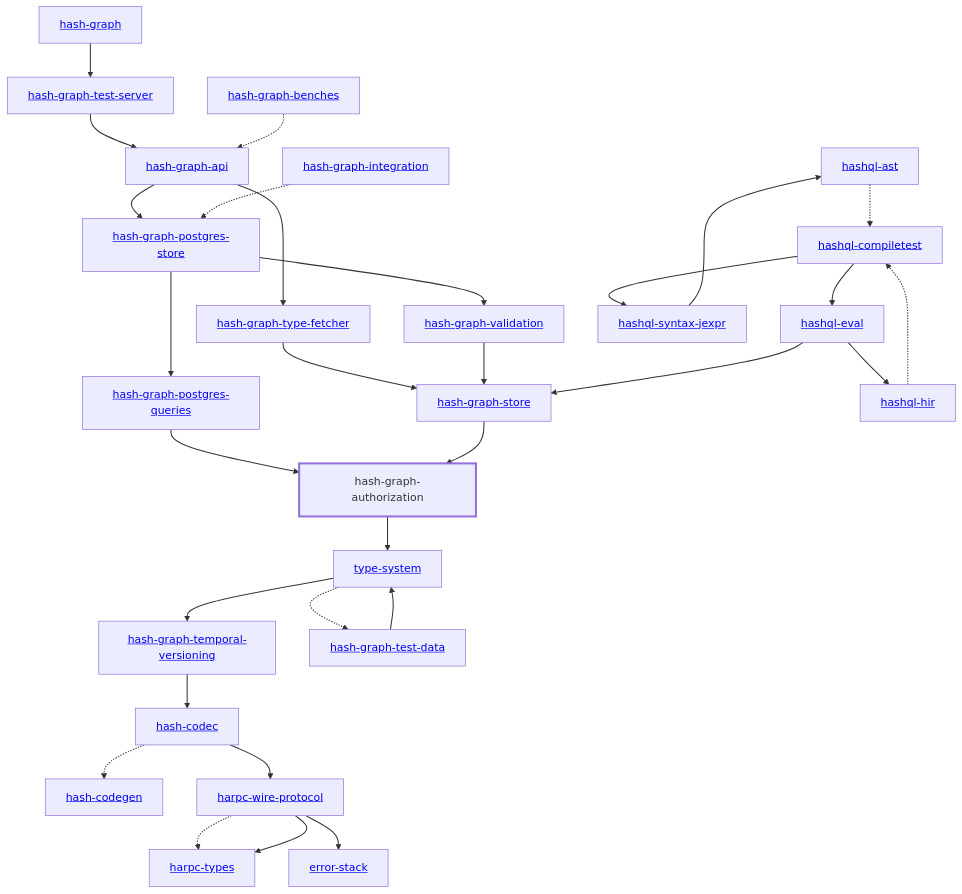
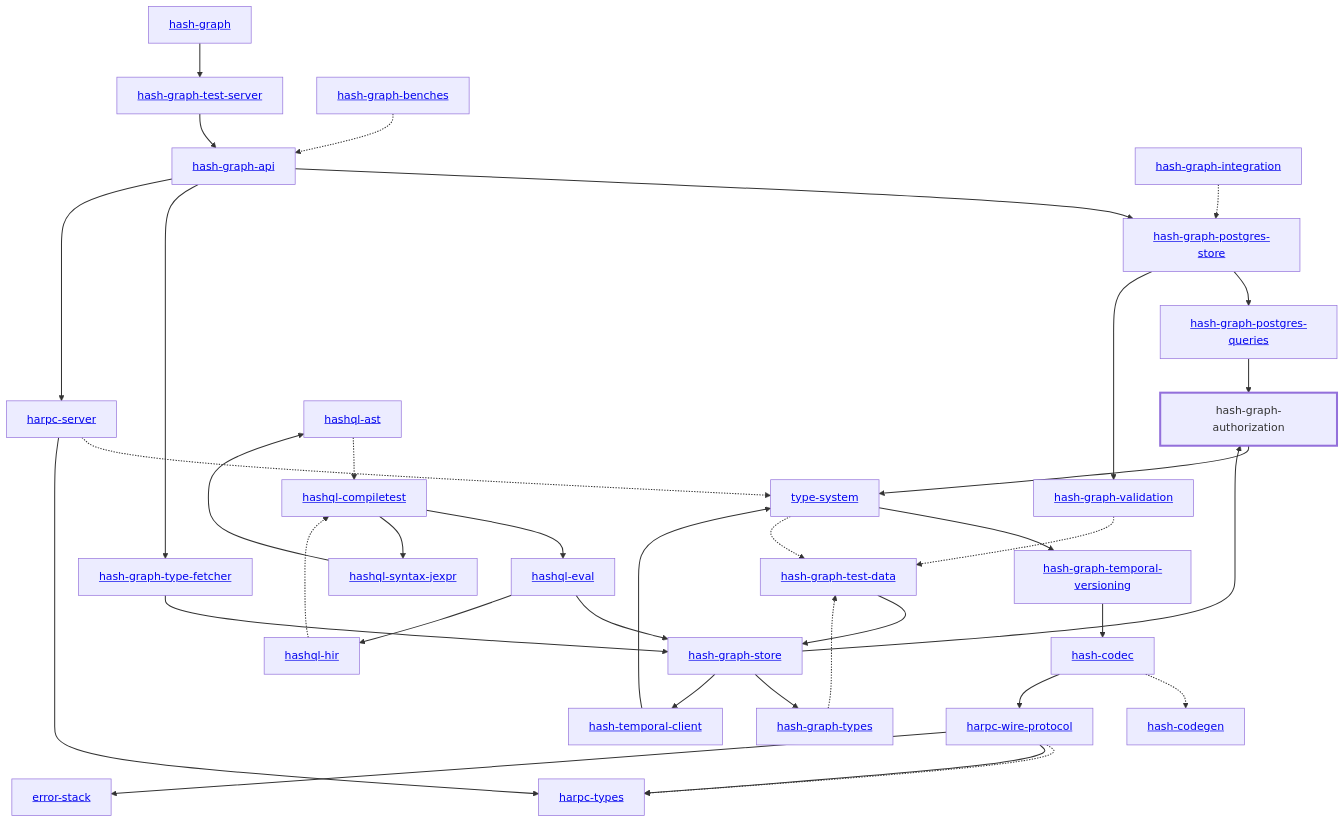
One commit to hashintel/hash changed the diagram in libs/@local/graph/authorization/docs/dependency-diagram.mmd. Above: the diagram before and after it, drawn with Mermaid. The commit also changed 27 other files, not shown here.

```diff
--- a/libs/@local/graph/authorization/docs/dependency-diagram.mmd
+++ b/libs/@local/graph/authorization/docs/dependency-diagram.mmd
@@ -1,64 +1,74 @@
 graph TD
     linkStyle default stroke-width:1.5px
     classDef default stroke-width:1px
     classDef root stroke-width:3px
     classDef dev stroke-width:1px
     classDef build stroke-width:1px
     %% Legend
     %% --> : Normal dependency
     %% -.-> : Dev dependency
     %% ---> : Build dependency
     0[<a href="../hash_graph">hash-graph</a>]
     1[<a href="../type_system">type-system</a>]
     2[<a href="../hash_codec">hash-codec</a>]
     3[<a href="../hash_codegen">hash-codegen</a>]
     4[<a href="../hash_graph_api">hash-graph-api</a>]
     5[hash-graph-authorization]
     class 5 root
     6[<a href="../hash_graph_postgres_queries">hash-graph-postgres-queries</a>]
     7[<a href="../hash_graph_postgres_store">hash-graph-postgres-store</a>]
     8[<a href="../hash_graph_store">hash-graph-store</a>]
     9[<a href="../hash_graph_temporal_versioning">hash-graph-temporal-versioning</a>]
     10[<a href="../hash_graph_test_server">hash-graph-test-server</a>]
     11[<a href="../hash_graph_type_fetcher">hash-graph-type-fetcher</a>]
-    12[<a href="../hash_graph_validation">hash-graph-validation</a>]
-    13[<a href="../harpc_types">harpc-types</a>]
-    14[<a href="../harpc_wire_protocol">harpc-wire-protocol</a>]
-    15[<a href="../hashql_ast">hashql-ast</a>]
-    16[<a href="../hashql_compiletest">hashql-compiletest</a>]
-    17[<a href="../hashql_eval">hashql-eval</a>]
-    18[<a href="../hashql_hir">hashql-hir</a>]
-    19[<a href="../hashql_syntax_jexpr">hashql-syntax-jexpr</a>]
-    20[<a href="../error_stack">error-stack</a>]
-    21[<a href="../hash_graph_benches">hash-graph-benches</a>]
-    22[<a href="../hash_graph_integration">hash-graph-integration</a>]
-    23[<a href="../hash_graph_test_data">hash-graph-test-data</a>]
+    12[<a href="../hash_graph_types">hash-graph-types</a>]
+    13[<a href="../hash_graph_validation">hash-graph-validation</a>]
+    14[<a href="../harpc_server">harpc-server</a>]
+    15[<a href="../harpc_types">harpc-types</a>]
+    16[<a href="../harpc_wire_protocol">harpc-wire-protocol</a>]
+    17[<a href="../hashql_ast">hashql-ast</a>]
+    18[<a href="../hashql_compiletest">hashql-compiletest</a>]
+    19[<a href="../hashql_eval">hashql-eval</a>]
+    20[<a href="../hashql_hir">hashql-hir</a>]
+    21[<a href="../hashql_syntax_jexpr">hashql-syntax-jexpr</a>]
+    22[<a href="../hash_temporal_client">hash-temporal-client</a>]
+    23[<a href="../error_stack">error-stack</a>]
+    24[<a href="../hash_graph_benches">hash-graph-benches</a>]
+    25[<a href="../hash_graph_integration">hash-graph-integration</a>]
+    26[<a href="../hash_graph_test_data">hash-graph-test-data</a>]
     0 --> 10
     1 --> 9
-    1 -.-> 23
+    1 -.-> 26
     2 -.-> 3
-    2 --> 14
+    2 --> 16
     4 --> 7
     4 --> 11
+    4 --> 14
     5 --> 1
     6 --> 5
     7 --> 6
-    7 --> 12
+    7 --> 13
     8 --> 5
+    8 --> 12
+    8 --> 22
     9 --> 2
     10 --> 4
     11 --> 8
-    12 --> 8
-    14 -.-> 13
-    14 --> 13
-    14 --> 20
-    15 -.-> 16
-    16 --> 17
-    16 --> 19
-    17 --> 8
-    17 --> 18
-    18 -.-> 16
-    19 --> 15
-    21 -.-> 4
-    22 -.-> 7
-    23 --> 1
+    12 -.-> 26
+    13 -.-> 26
+    14 -.-> 1
+    14 --> 15
+    16 -.-> 15
+    16 --> 15
+    16 --> 23
+    17 -.-> 18
+    18 --> 19
+    18 --> 21
+    19 --> 8
+    19 --> 20
+    20 -.-> 18
+    21 --> 17
+    22 --> 1
+    24 -.-> 4
+    25 -.-> 7
+    26 --> 8
```
